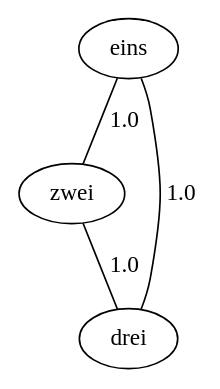
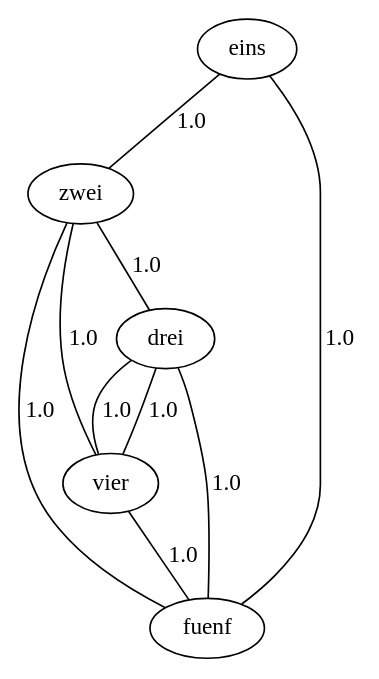
The diagram in GKA_task3_1-5/GraphViz/graph/gespeicherterGraph.gv (Frggle/HAW_GKA), drawn with Graphviz before and after one commit. The commit also changed 10 other files, not shown here.

```diff
--- a/GKA_task3_1-5/GraphViz/graph/gespeicherterGraph.gv
+++ b/GKA_task3_1-5/GraphViz/graph/gespeicherterGraph.gv
@@ -1,8 +1,16 @@
 graph G {
   1 [ label="eins" ];
   2 [ label="zwei" ];
   3 [ label="drei" ];
+  4 [ label="vier" ];
+  5 [ label="fuenf" ];
   1 -- 2 [ label="1.0" ];
   2 -- 3 [ label="1.0" ];
-  1 -- 3 [ label="1.0" ];
+  3 -- 4 [ label="1.0" ];
+  4 -- 3 [ label="1.0" ];
+  4 -- 5 [ label="1.0" ];
+  5 -- 1 [ label="1.0" ];
+  5 -- 2 [ label="1.0" ];
+  5 -- 3 [ label="1.0" ];
+  2 -- 4 [ label="1.0" ];
 }
```
